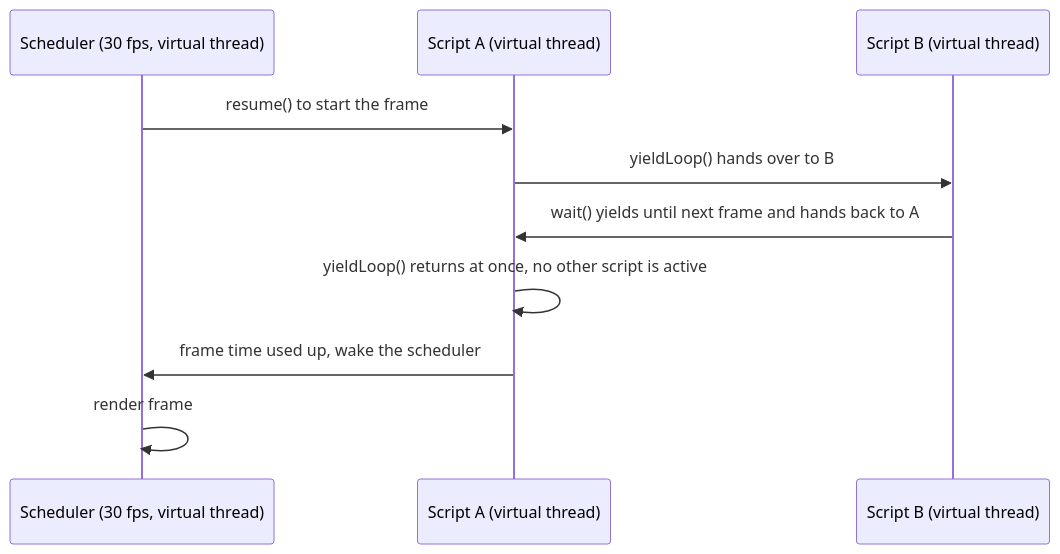
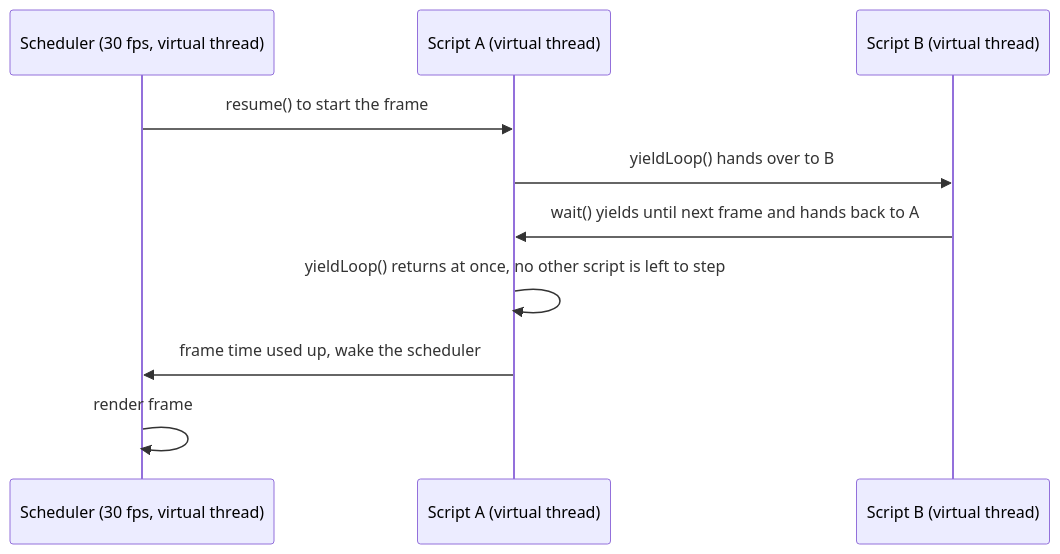
Before and after one commit to AstroBlocksMod/jScratch: the third of 5 diagrams in docs/architecture.md, drawn with Mermaid. The commit also changed other lines of this file and 3 other files, not shown here.

````diff
--- a/docs/architecture.md
+++ b/docs/architecture.md
@@ -87,12 +89,12 @@
 ```mermaid
 sequenceDiagram
     participant S as Scheduler (30 fps, virtual thread)
     participant A as Script A (virtual thread)
     participant B as Script B (virtual thread)
     S->>A: resume() to start the frame
     A->>B: yieldLoop() hands over to B
     B->>A: wait() yields until next frame and hands back to A
-    A->>A: yieldLoop() returns at once, no other script is active
+    A->>A: yieldLoop() returns at once, no other script is left to step
     A->>S: frame time used up, wake the scheduler
     S->>S: render frame
 ```
````
